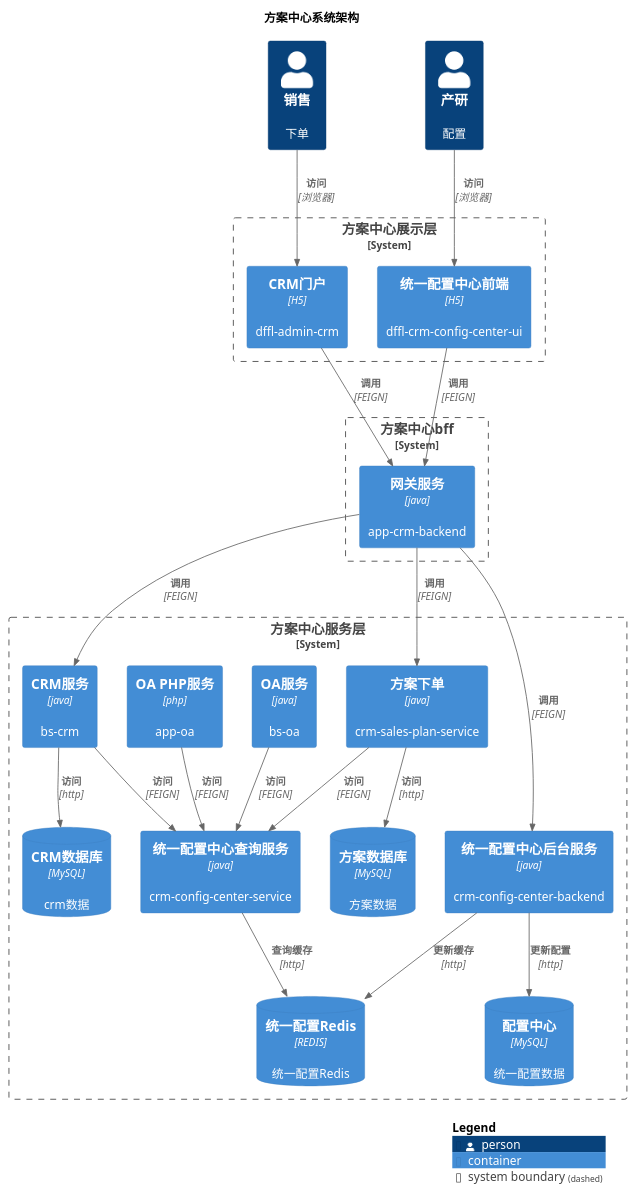
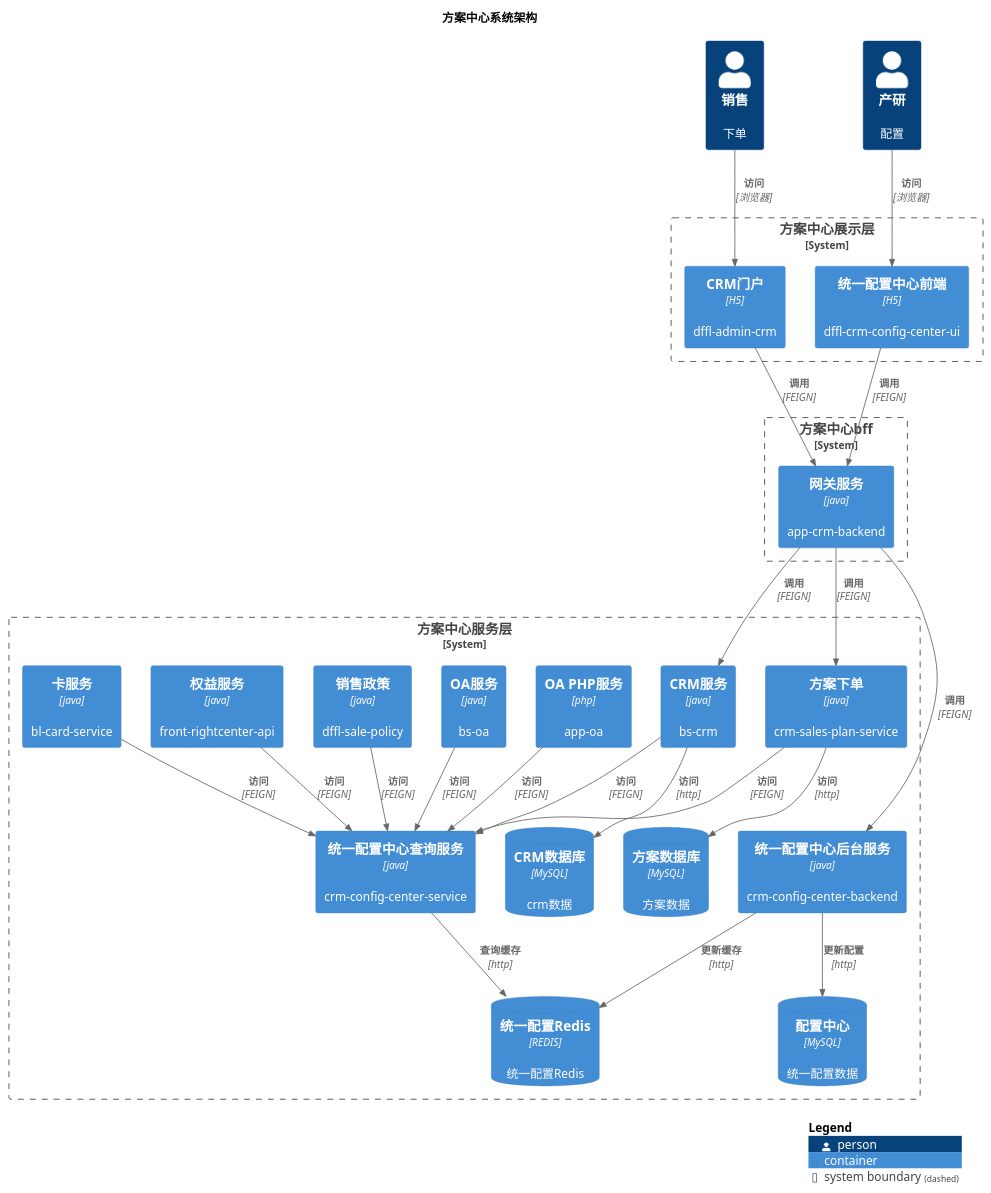
The diagram in plantuml/config_arch.puml (wllpeter/picture), drawn with PlantUML before and after one commit.

```diff
--- a/plantuml/config_arch.puml
+++ b/plantuml/config_arch.puml
@@ -1,56 +1,62 @@
 @startuml
 !include https://gitee.com/chiang_zg/C4-PlantUML/raw/master/C4_Container.puml
 !include https://gitee.com/chiang_zg/C4-PlantUML/raw/master/C4_Component.puml
 
 title "方案中心系统架构"
 
 Person(sale, "销售", "下单")
 Person(developer, "产研", "配置")
 
 
 System_Boundary(front, "方案中心展示层"){
   Container(configcenterfront, "统一配置中心前端", "H5", "dffl-crm-config-center-ui")
   Container(admincrmfront, "CRM门户", "H5", "dffl-admin-crm")
 }
 
 System_Boundary(bff, "方案中心bff"){
   Container(crmbff, "网关服务", "java", "app-crm-backend")
 }
 
 System_Boundary(server, "方案中心服务层"){
   Container(configbackendserver, "统一配置中心后台服务", "java", "crm-config-center-backend")
   Container(configserviceserver, "统一配置中心查询服务", "java", "crm-config-center-service")
   Container(crmserver, "CRM服务", "java", "bs-crm")
   Container(planserver, "方案下单", "java", "crm-sales-plan-service")
   Container(oaphpserver, "OA PHP服务", "php", "app-oa")
   Container(oaserver, "OA服务", "java", "bs-oa")
+  Container(salepolicyserver, "销售政策", "java", "dffl-sale-policy")
+  Container(rightcenterserver, "权益服务", "java", "front-rightcenter-api")
+  Container(cardserver, "卡服务", "java", "bl-card-service")
   ContainerDb(configcenterdb, "配置中心", "MySQL", "统一配置数据")
   ContainerDb(crmdb, "CRM数据库", "MySQL", "crm数据")
   ContainerDb(plandb, "方案数据库", "MySQL", "方案数据")
   ContainerDb(configcenterredis, "统一配置Redis", "REDIS", "统一配置Redis")
 }
 
 Rel(sale, admincrmfront, "访问", "浏览器")
 Rel(developer, configcenterfront, "访问", "浏览器")
 
 Rel(admincrmfront, crmbff, "调用", "FEIGN")
 Rel(configcenterfront, crmbff, "调用", "FEIGN")
 
 Rel(crmbff, configbackendserver, "调用", "FEIGN")
 Rel(crmbff, crmserver, "调用", "FEIGN")
 Rel(crmbff, planserver, "调用", "FEIGN")
 
 Rel(crmserver, crmdb, "访问", "http")
 Rel(planserver, plandb, "访问", "http")
 
 Rel(configbackendserver, configcenterdb, "更新配置", "http")
 Rel(configbackendserver, configcenterredis, "更新缓存", "http")
 
 Rel(crmserver, configserviceserver, "访问", "FEIGN")
 Rel(planserver, configserviceserver, "访问", "FEIGN")
 Rel(oaserver, configserviceserver, "访问", "FEIGN")
 Rel(oaphpserver, configserviceserver, "访问", "FEIGN")
+Rel(salepolicyserver, configserviceserver, "访问", "FEIGN")
+Rel(rightcenterserver, configserviceserver, "访问", "FEIGN")
+Rel(cardserver, configserviceserver, "访问", "FEIGN")
 Rel(configserviceserver, configcenterredis, "查询缓存", "http")
 
 SHOW_LEGEND()
 @enduml
```
